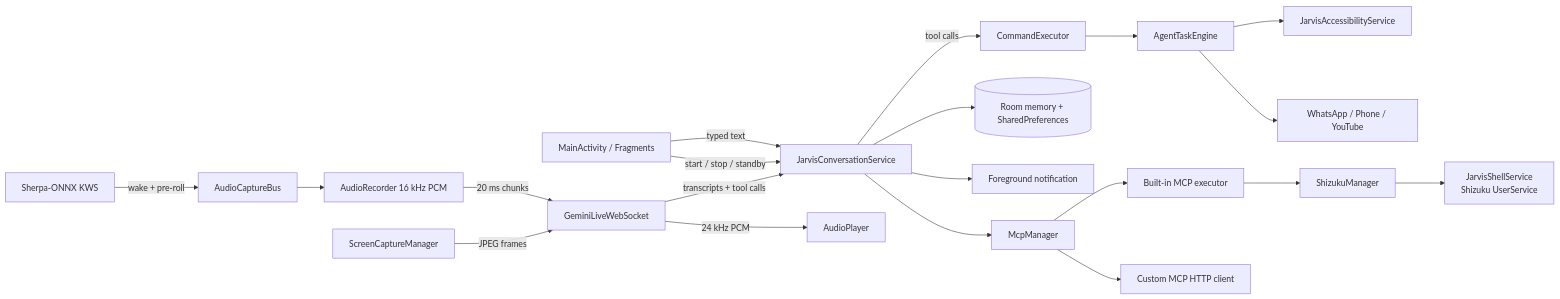
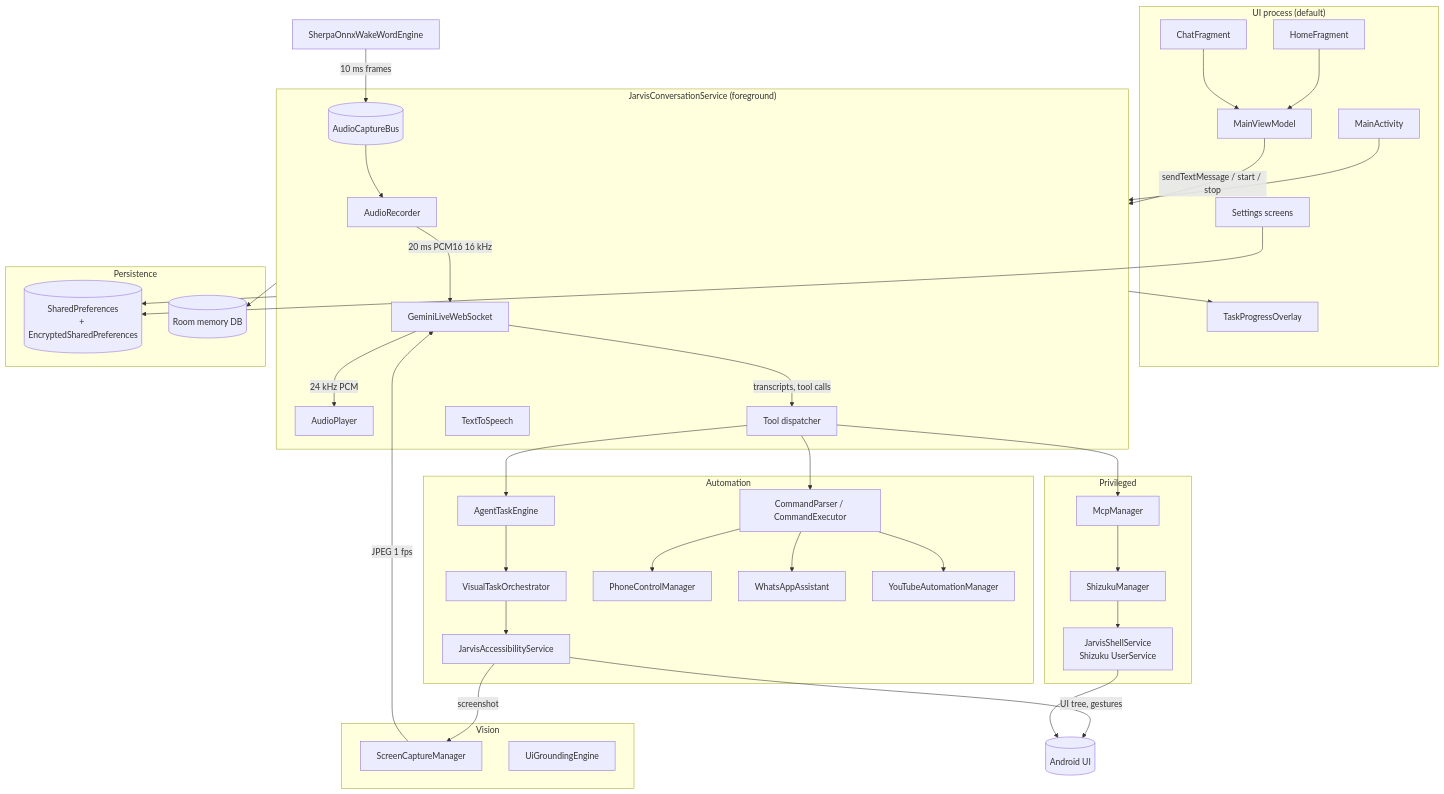
One commit to dark-hacker-error/Jarvis-Assistant changed the diagram in docs/architecture/overview.md. Above: the diagram before and after it, drawn with Mermaid. The commit also changed other lines of this file and 12 other files, not shown here.

Commit message:
docs: rewrite architecture, tool reference and maintenance documentation

````diff
--- a/docs/architecture/overview.md
+++ b/docs/architecture/overview.md
@@ -9,22 +31,73 @@
 ```mermaid
-flowchart LR
-    UI[MainActivity / Fragments] -->|typed text| SVC[JarvisConversationService]
-    UI -->|start / stop / standby| SVC
-    WAKE[Sherpa-ONNX KWS] -->|wake + pre-roll| BUS[AudioCaptureBus]
-    BUS --> MIC[AudioRecorder 16 kHz PCM]
-    MIC -->|20 ms chunks| WS[GeminiLiveWebSocket]
-    WS -->|24 kHz PCM| SPK[AudioPlayer]
-    WS -->|transcripts + tool calls| SVC
-    SVC -->|tool calls| CMD[CommandExecutor]
-    CMD --> AGENT[AgentTaskEngine]
-    AGENT --> A11Y[JarvisAccessibilityService]
-    AGENT --> APPS[WhatsApp / Phone / YouTube]
-    SCREEN[ScreenCaptureManager] -->|JPEG frames| WS
-    SVC --> DATA[(Room memory + SharedPreferences)]
-    SVC --> NOTIF[Foreground notification]
-    SVC --> MCP[McpManager]
-    MCP --> BUILTIN[Built-in MCP executor]
-    MCP --> HTTP[Custom MCP HTTP client]
-    BUILTIN --> SHIZUKU[ShizukuManager]
-    SHIZUKU --> USERSVC[JarvisShellService<br/>Shizuku UserService]
+flowchart TB
+    subgraph UI["UI process (default)"]
+        MA[MainActivity]
+        HF[HomeFragment]
+        VM[MainViewModel]
+        CH[ChatFragment]
+        SET[Settings screens]
+        OV[TaskProgressOverlay]
+    end
+
+    subgraph SVC["JarvisConversationService (foreground)"]
+        REC[AudioRecorder]
+        BUS[(AudioCaptureBus)]
+        PLAY[AudioPlayer]
+        WS[GeminiLiveWebSocket]
+        TOOLS[Tool dispatcher]
+        TTS[TextToSpeech]
+    end
+
+    subgraph AUTO["Automation"]
+        CMD[CommandParser / CommandExecutor]
+        AG[AgentTaskEngine]
+        VTO[VisualTaskOrchestrator]
+        A11Y[JarvisAccessibilityService]
+        PHONE[PhoneControlManager]
+        WA[WhatsAppAssistant]
+        YT[YouTubeAutomationManager]
+    end
+
+    subgraph VISION["Vision"]
+        SCM[ScreenCaptureManager]
+        UGE[UiGroundingEngine]
+    end
+
+    subgraph PRIV["Privileged"]
+        MCP[McpManager]
+        SHZ[ShizukuManager]
+        SHELL[JarvisShellService<br/>Shizuku UserService]
+    end
+
+    subgraph DATA["Persistence"]
+        PREFS[(SharedPreferences<br/>+ EncryptedSharedPreferences)]
+        ROOM[(Room memory DB)]
+    end
+
+    MA --> SVC
+    HF --> VM
+    VM -->|sendTextMessage / start / stop| SVC
+    CH --> VM
+    SET --> PREFS
+
+    KWS[SherpaOnnxWakeWordEngine] -->|10 ms frames| BUS
+    BUS --> REC
+    REC -->|20 ms PCM16 16 kHz| WS
+    WS -->|24 kHz PCM| PLAY
+    WS -->|transcripts, tool calls| TOOLS
+    TOOLS --> CMD
+    TOOLS --> AG
+    TOOLS --> MCP
+    AG --> VTO
+    VTO --> A11Y
+    CMD --> PHONE
+    CMD --> WA
+    CMD --> YT
+    A11Y -->|UI tree, gestures| ANDROID[(Android UI)]
+    SCM -->|JPEG 1 fps| WS
+    A11Y -->|screenshot| SCM
+    MCP --> SHZ --> SHELL --> ANDROID
+    SVC --> PREFS
+    SVC --> ROOM
+    SVC --> OV
 ```
````
